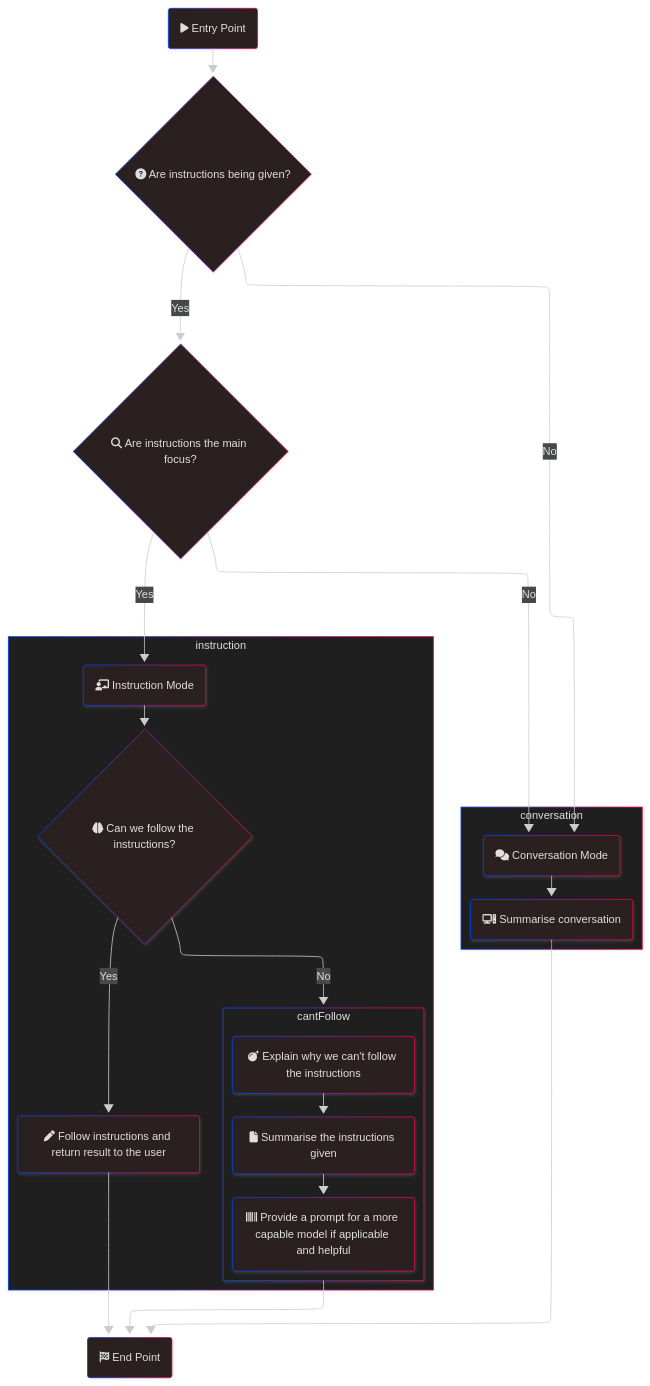
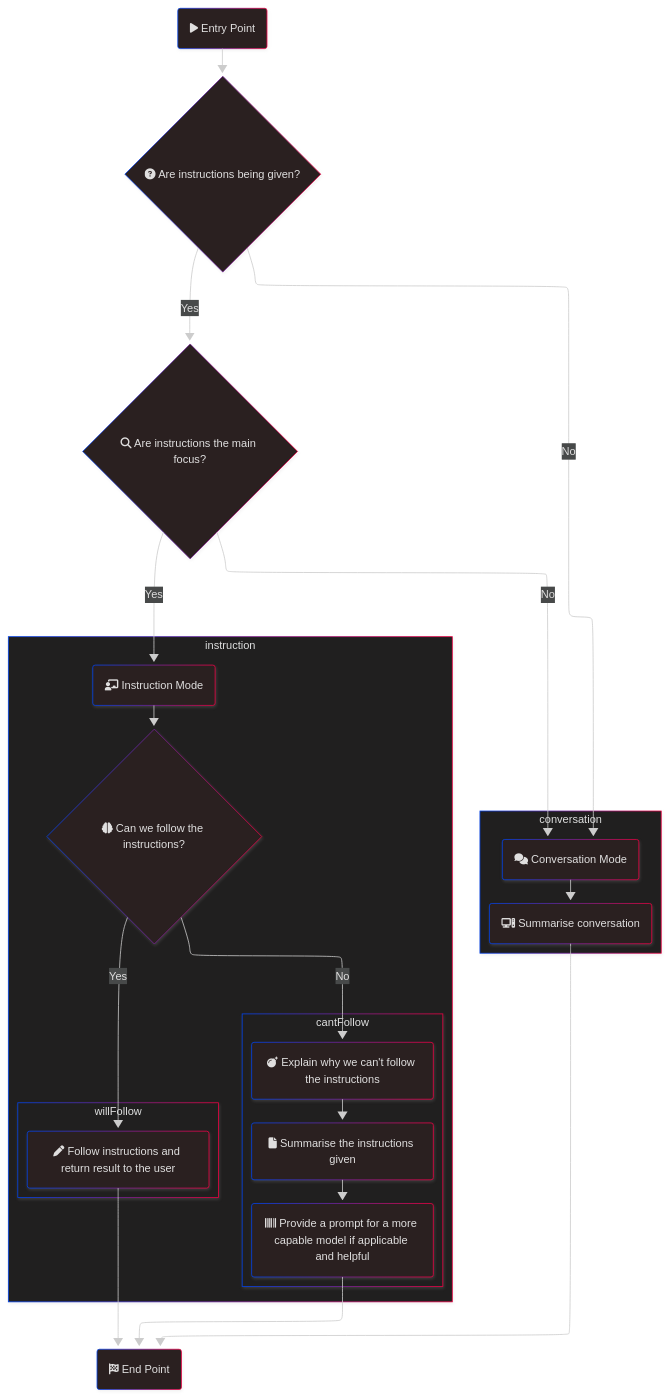
Before and after one commit to synmux/myriad: the diagram in prompts/omi-summariser/flow.mmd, drawn with Mermaid.

Commit message:
📝 (flow.mmd): update diagram connections and add willFollow subgraph
Redirect the failure path to explainFailure, change the endpoint source
to craftPrompt, and group followInstructions into a new subgraph.

The flowchart is updated to accurately reflect the logic flow regarding instruction adherence and to improve the visual organization of the diagram by grouping related nodes.

```diff
--- a/prompts/omi-summariser/flow.mmd
+++ b/prompts/omi-summariser/flow.mmd
@@ -1,54 +1,58 @@
 ---
 id: d22fae4c-efa7-404f-b1df-2437f43e1477
 config:
   theme: neo-dark
   look: neo
   layout: elk
 ---
 flowchart TD
     %% Nodes
     canFollow{"fa:fa-brain Can we follow the instructions?"}
     converseMode("fa:fa-comments Conversation Mode")
     craftPrompt("fa:fa-barcode Provide a prompt for a more capable model if applicable and helpful")
     detectInstructions{"fa:fa-question-circle Are instructions being given?"}
     endPoint("fa:fa-flag-checkered End Point")
     entryPoint("fa:fa-play Entry Point")
     explainFailure("fa:fa-bomb Explain why we can't follow the instructions")
     followInstructions("fa:fa-pen Follow instructions and return result to the user")
     instructionsMain{"fa:fa-magnifying-glass Are instructions the main focus?"}
     instructMode("fa:fa-chalkboard-teacher Instruction Mode")
     summariseConversation("fa:fa-computer Summarise conversation")
     summariseInstructions("fa:fa-file Summarise the instructions given")
 
     %% Connections
-    canFollow -- No --> cantFollow
+    canFollow -- No --> explainFailure
     canFollow -- Yes --> followInstructions
     converseMode --> summariseConversation
-    cantFollow --> endPoint
+    craftPrompt --> endPoint
     detectInstructions -- No --> converseMode
     detectInstructions -- Yes --> instructionsMain
     entryPoint --> detectInstructions
     explainFailure --> summariseInstructions
     followInstructions --> endPoint
     instructionsMain -- No --> converseMode
     instructionsMain -- Yes --> instructMode
     instructMode --> canFollow
     summariseConversation --> endPoint
     summariseInstructions --> craftPrompt
 
     %% Subgraphs
     subgraph cantFollow
         explainFailure
         summariseInstructions
         craftPrompt
     end
+    subgraph willFollow
+        followInstructions
+    end
     subgraph conversation
         converseMode
         summariseConversation
     end
     subgraph instruction
       instructMode
       canFollow
       cantFollow
+      willFollow
       followInstructions
     end
```
